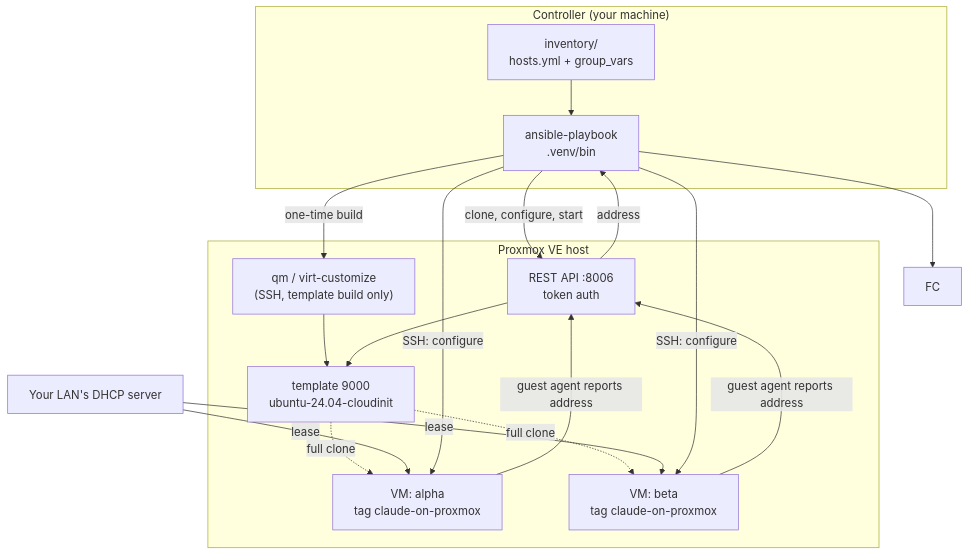
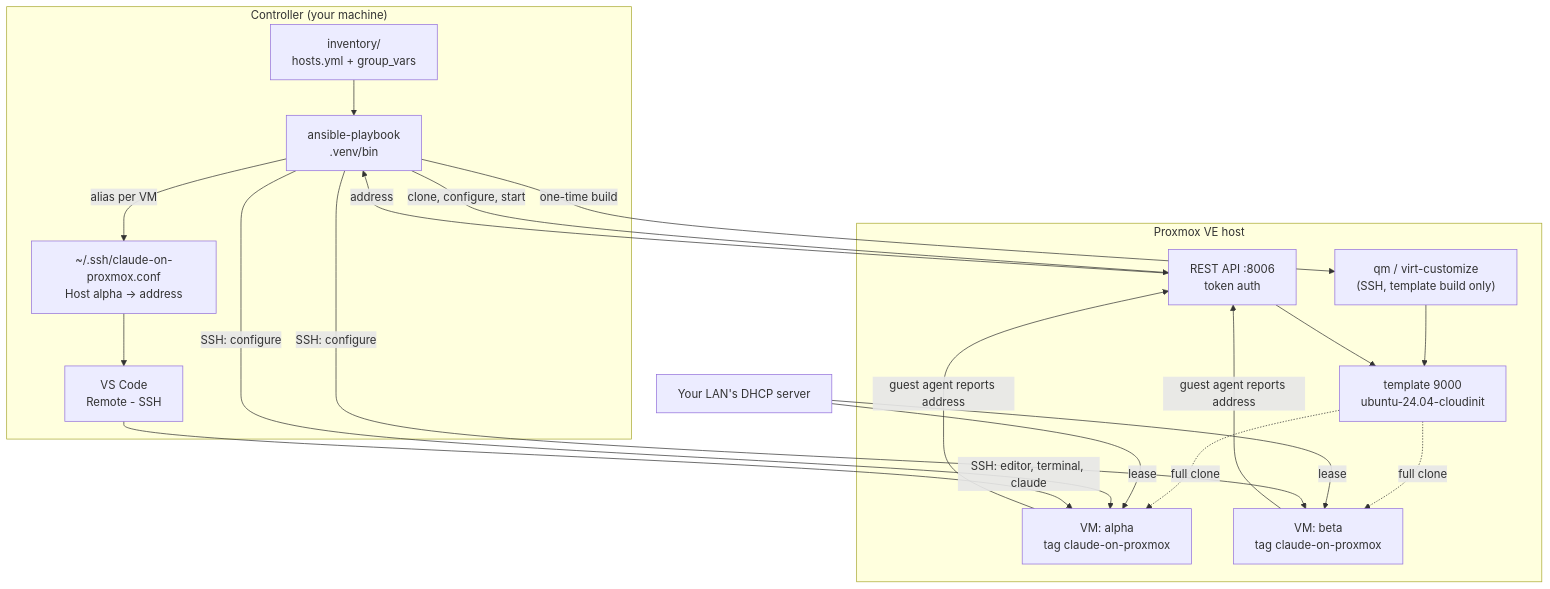
One commit to kawadeomkar/claude-on-proxmox changed the first of 3 diagrams in ARCHITECTURE.md. Above: the diagram before and after it, drawn with Mermaid. The commit also changed other lines of this file and 4 other files, not shown here.

````diff
--- a/ARCHITECTURE.md
+++ b/ARCHITECTURE.md
@@ -56,31 +57,35 @@
 ```mermaid
 flowchart TB
     subgraph C["Controller (your machine)"]
         A["ansible-playbook<br/>.venv/bin"]
         INV["inventory/<br/>hosts.yml + group_vars"]
+        SSHC["~/.ssh/claude-on-proxmox.conf<br/>Host alpha → address"]
+        VSC["VS Code<br/>Remote - SSH"]
     end
     subgraph P["Proxmox VE host"]
         API["REST API :8006<br/>token auth"]
         QM["qm / virt-customize<br/>(SSH, template build only)"]
         TPL["template 9000<br/>ubuntu-24.04-cloudinit"]
         VM1["VM: alpha<br/>tag claude-on-proxmox"]
         VM2["VM: beta<br/>tag claude-on-proxmox"]
     end
     DHCP["Your LAN's DHCP server"]
 
     A -->|"clone, configure, start"| API
     A -->|"one-time build"| QM
     QM --> TPL
     API --> TPL
     TPL -.->|"full clone"| VM1
     TPL -.->|"full clone"| VM2
     DHCP -->|"lease"| VM1
     DHCP -->|"lease"| VM2
     VM1 -->|"guest agent reports address"| API
     VM2 -->|"guest agent reports address"| API
     API -->|"address"| A
     A -->|"SSH: configure"| VM1
     A -->|"SSH: configure"| VM2
     INV --> A
-    A --> FC
+    A -->|"alias per VM"| SSHC
+    SSHC --> VSC
+    VSC -->|"SSH: editor, terminal, claude"| VM1
 ```
````
